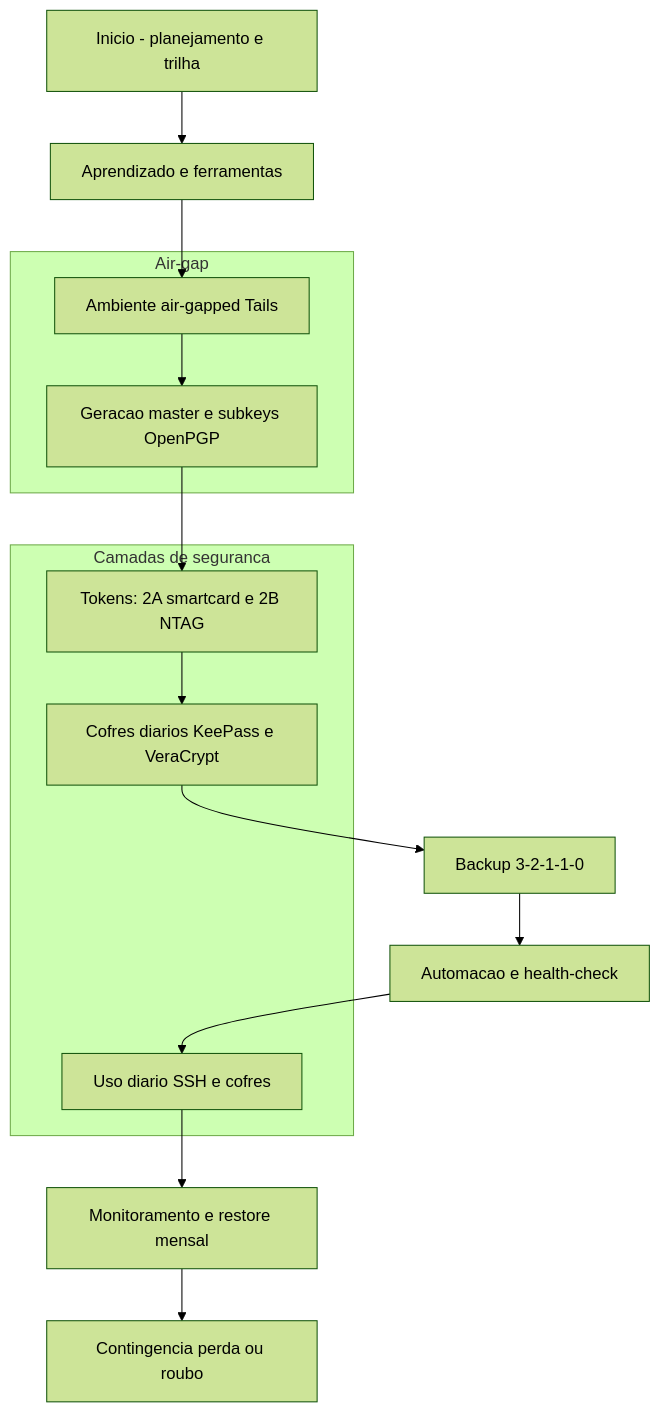
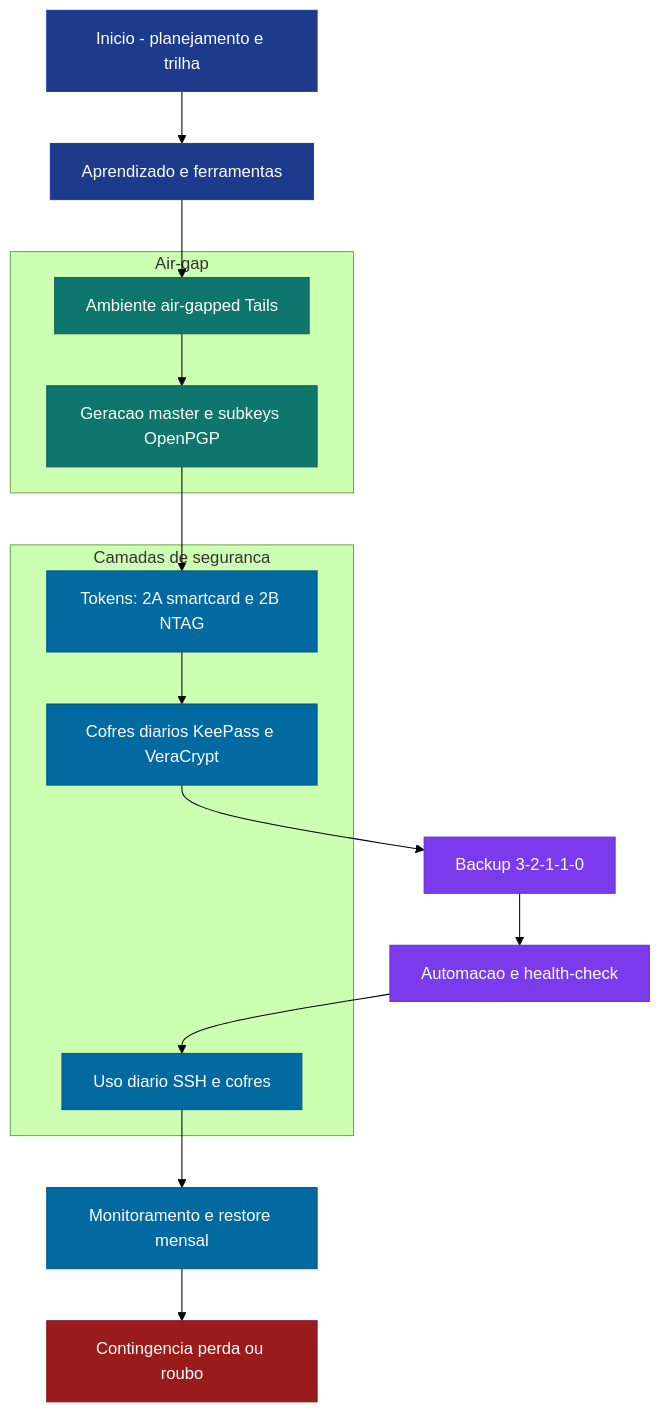
The first of 9 diagrams in 🎓 Zero-Trust-Core-Expert - Versão 1.0.md (VIPs-com/Zero-Trust-Core), drawn with Mermaid (forest theme) before and after one commit. The commit also changed other lines of this file and 5 other files, not shown here.

First line of the commit message:
Adiciona cores nos diagramas Mermaid e docs/DIAGRAMAS-VISUAIS.md.

````diff
--- a/🎓 Zero-Trust-Core-Expert - Versão 1.0.md
+++ b/🎓 Zero-Trust-Core-Expert - Versão 1.0.md
@@ -257,24 +268,38 @@
 ```mermaid
 flowchart TD
     A["Inicio - planejamento e trilha"] --> B["Aprendizado e ferramentas"]
     B --> C["Ambiente air-gapped Tails"]
     C --> D["Geracao master e subkeys OpenPGP"]
     D --> E["Tokens: 2A smartcard e 2B NTAG"]
     E --> F["Cofres diarios KeePass e VeraCrypt"]
     F --> G["Backup 3-2-1-1-0"]
     G --> H["Automacao e health-check"]
     H --> I["Uso diario SSH e cofres"]
     I --> J["Monitoramento e restore mensal"]
     J --> K["Contingencia perda ou roubo"]
 
     subgraph camadas["Camadas de seguranca"]
         F
         E
         I
     end
 
     subgraph airgap["Air-gap"]
         C
         D
     end
+
+    classDef inicio fill:#1e3a8a,color:#fff,stroke:#1e40af
+    classDef airgap fill:#0f766e,color:#fff,stroke:#115e59
+    classDef camada fill:#0369a1,color:#fff,stroke:#075985
+    classDef resiliencia fill:#7c3aed,color:#fff,stroke:#6d28d9
+    classDef alerta fill:#991b1b,color:#fff,stroke:#7f1d1d
+
+    class A inicio
+    class B inicio
+    class C,D airgap
+    class E,F,I camada
+    class G,H resiliencia
+    class J camada
+    class K alerta
 ```
````
